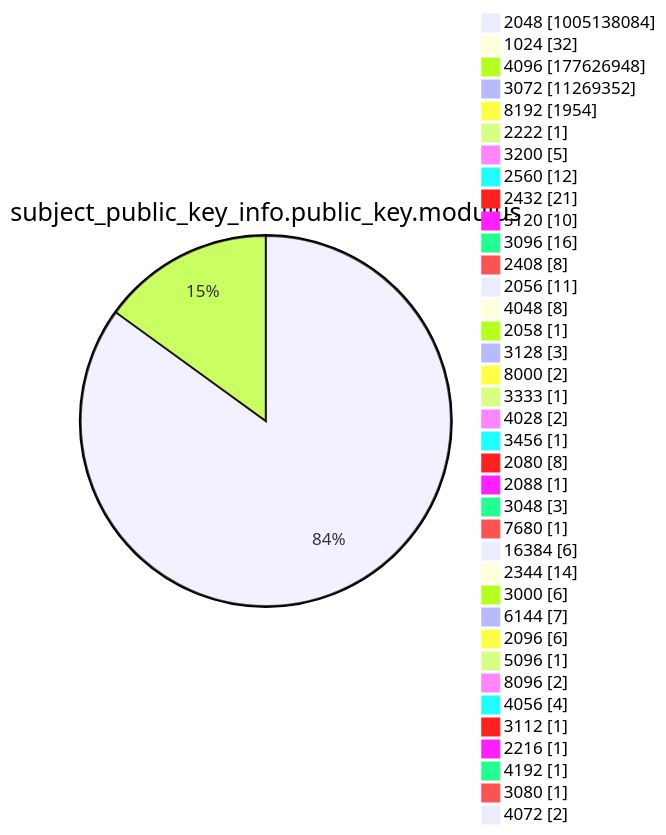
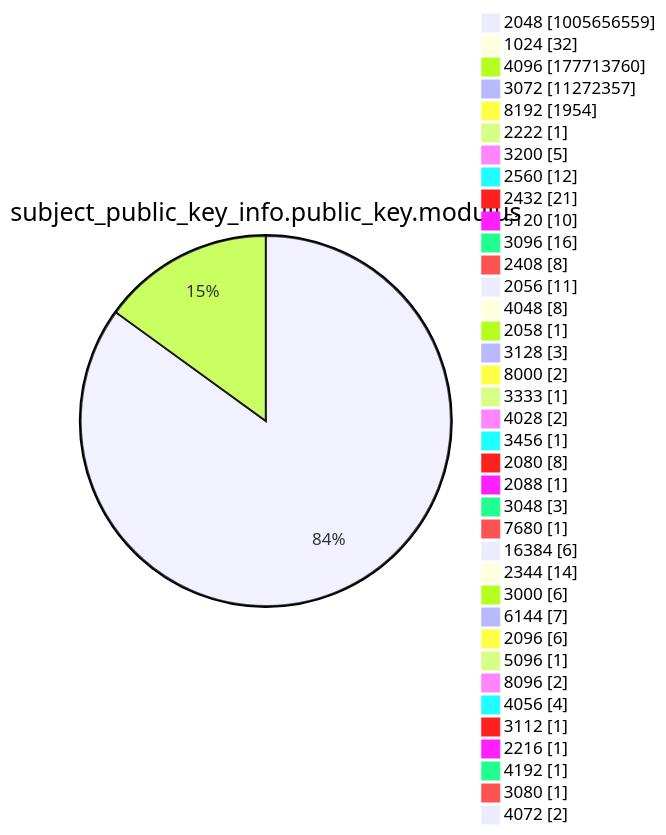
One commit to christiankrug/ctmonitor_visualization changed diagram 13 of 15 in argon2022/README.md. Above: the diagram before and after it, drawn with Mermaid. The commit also changed other lines of this file, not shown here.

````diff
--- a/argon2022/README.md
+++ b/argon2022/README.md
@@ -3588,41 +3588,41 @@
 ```mermaid
 pie showData
 title subject_public_key_info.public_key.modulus
-"2048" :1005138084
+"2048" :1005656559
 "1024" :32
-"4096" :177626948
-"3072" :11269352
+"4096" :177713760
+"3072" :11272357
 "8192" :1954
 "2222" :1
 "3200" :5
 "2560" :12
 "2432" :21
 "5120" :10
 "3096" :16
 "2408" :8
 "2056" :11
 "4048" :8
 "2058" :1
 "3128" :3
 "8000" :2
 "3333" :1
 "4028" :2
 "3456" :1
 "2080" :8
 "2088" :1
 "3048" :3
 "7680" :1
 "16384" :6
 "2344" :14
 "3000" :6
 "6144" :7
 "2096" :6
 "5096" :1
 "8096" :2
 "4056" :4
 "3112" :1
 "2216" :1
 "4192" :1
 "3080" :1
 "4072" :2
 ```
````
